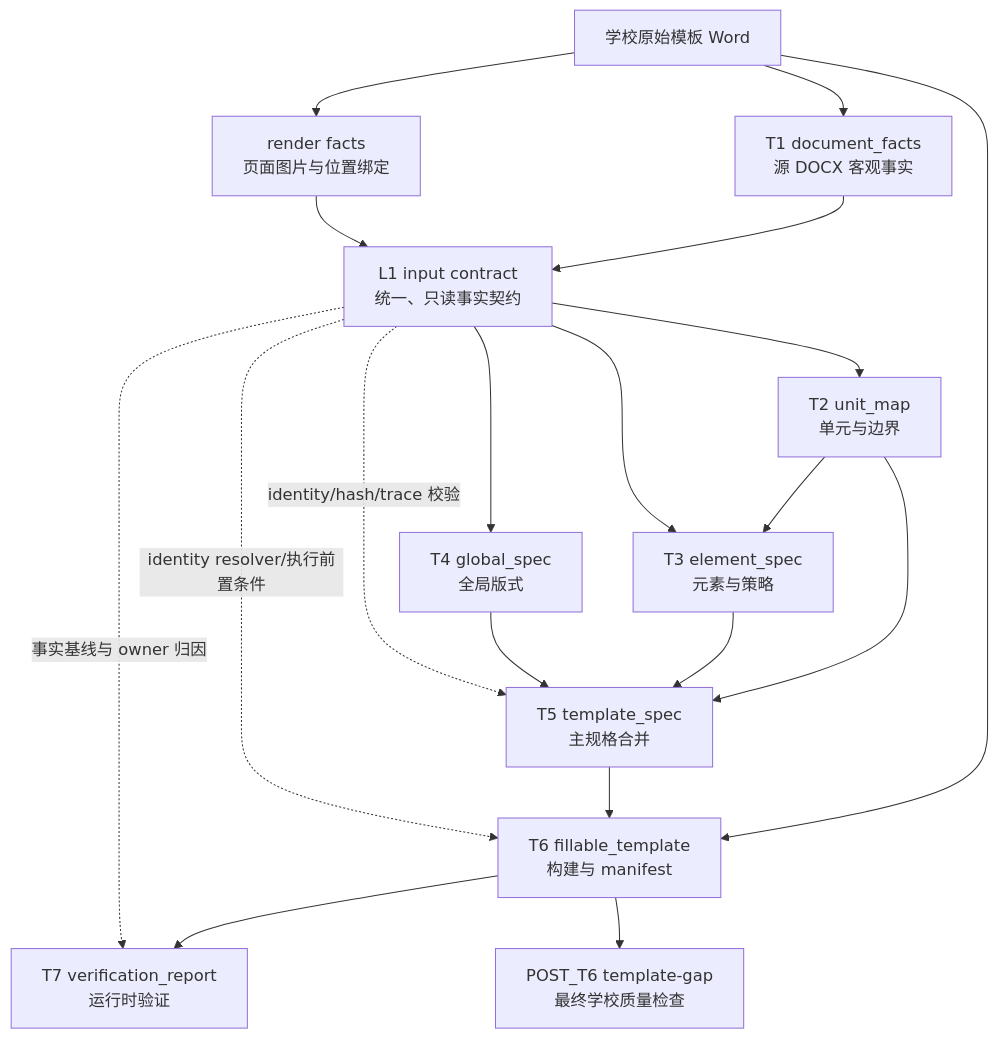
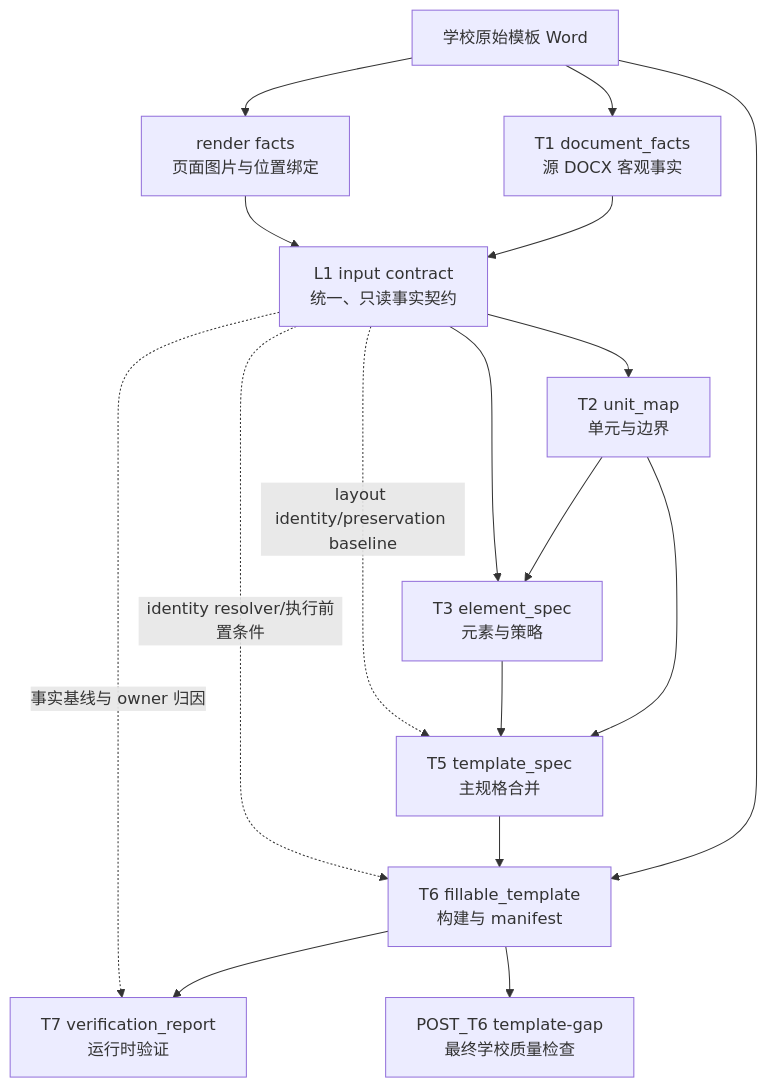
The diagram in docs/current/template-generation-architecture.md (bamao88/docfit_v3), drawn with Mermaid before and after one commit. The commit also changed other lines of this file and 192 other files, not shown here.

````diff
--- a/docs/current/template-generation-architecture.md
+++ b/docs/current/template-generation-architecture.md
@@ -26,21 +26,19 @@
 ```mermaid
 flowchart TD
   A["学校原始模板 Word"] --> T1["T1 document_facts<br/>源 DOCX 客观事实"]
   A --> R["render facts<br/>页面图片与位置绑定"]
   T1 --> L1["L1 input contract<br/>统一、只读事实契约"]
   R --> L1
   L1 --> T2["T2 unit_map<br/>单元与边界"]
-  L1 --> T4["T4 global_spec<br/>全局版式"]
   T2 --> T3["T3 element_spec<br/>元素与策略"]
   L1 --> T3
   T2 --> T5["T5 template_spec<br/>主规格合并"]
   T3 --> T5
-  T4 --> T5
-  L1 -. "identity/hash/trace 校验" .-> T5
+  L1 -. "layout identity/preservation baseline" .-> T5
   A --> T6
   T5 --> T6["T6 fillable_template<br/>构建与 manifest"]
   L1 -. "identity resolver/执行前置条件" .-> T6
   T6 --> T7["T7 verification_report<br/>运行时验证"]
   L1 -. "事实基线与 owner 归因" .-> T7
   T6 --> P["POST_T6 template-gap<br/>最终学校质量检查"]
 ```
````
